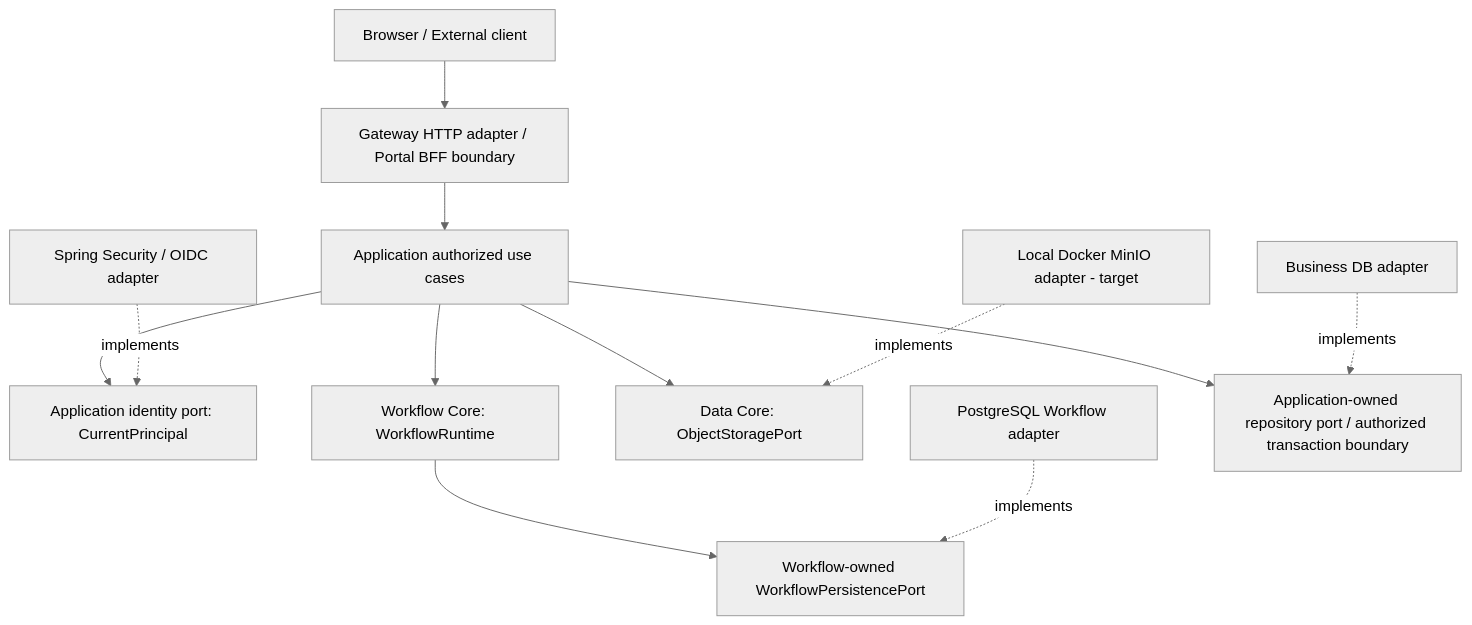
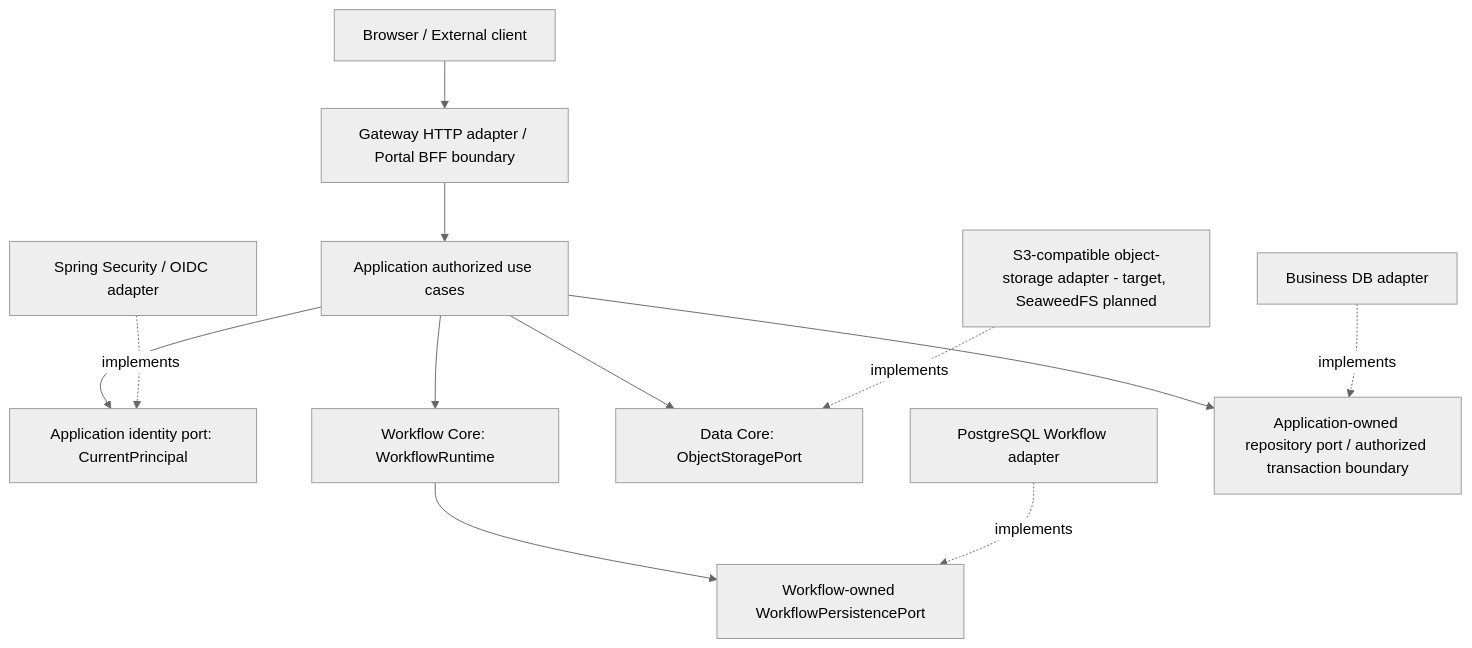
Before and after one commit to lexuanbao258-collab/opentrix-contributors-test: the diagram in docs/01-architecture/dependency-rules.md, drawn with Mermaid (neutral theme). The commit also changed other lines of this file and 35 other files, not shown here.

````diff
--- a/docs/01-architecture/dependency-rules.md
+++ b/docs/01-architecture/dependency-rules.md
@@ -68,14 +68,14 @@
 ```mermaid
 flowchart TD
     Browser[Browser / External client] --> Http[Gateway HTTP adapter / Portal BFF boundary]
     Http --> UseCases[Application authorized use cases]
     UseCases --> IPort[Application identity port: CurrentPrincipal]
     UseCases --> WCore[Workflow Core: WorkflowRuntime]
     UseCases --> DCore[Data Core: ObjectStoragePort]
     WCore --> WPort[Workflow-owned WorkflowPersistencePort]
     PAdapter[PostgreSQL Workflow adapter] -.implements.-> WPort
     Security[Spring Security / OIDC adapter] -.implements.-> IPort
-    Storage[Local Docker MinIO adapter - target] -.implements.-> DCore
+    Storage[S3-compatible object-storage adapter - target, SeaweedFS planned] -.implements.-> DCore
     UseCases --> RepoPort[Application-owned repository port / authorized transaction boundary]
     RepoAdapter[Business DB adapter] -.implements.-> RepoPort
 ```
````
